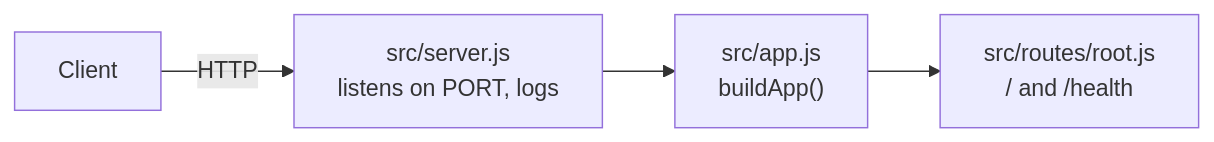
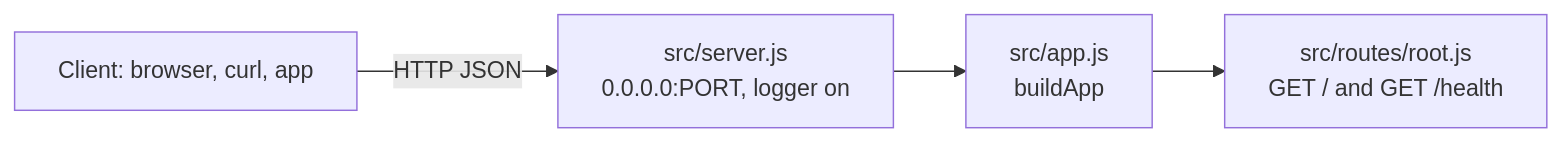
One commit to light-cloud-com/templates changed the diagram in starters/starter-fastify/README.md. Above: the diagram before and after it, drawn with Mermaid. The commit also changed other lines of this file and 2 other files, not shown here.

````diff
--- a/starters/starter-fastify/README.md
+++ b/starters/starter-fastify/README.md
@@ -28,6 +100,6 @@
 ```mermaid
 flowchart LR
-    client["Client"] -->|HTTP| server["src/server.js<br/>listens on PORT, logs"]
-    server --> app["src/app.js<br/>buildApp()"]
-    app --> routes["src/routes/root.js<br/>/ and /health"]
+    client["Client: browser, curl, app"] -->|HTTP JSON| server["src/server.js<br/>0.0.0.0:PORT, logger on"]
+    server --> app["src/app.js<br/>buildApp"]
+    app --> routes["src/routes/root.js<br/>GET / and GET /health"]
 ```
````
